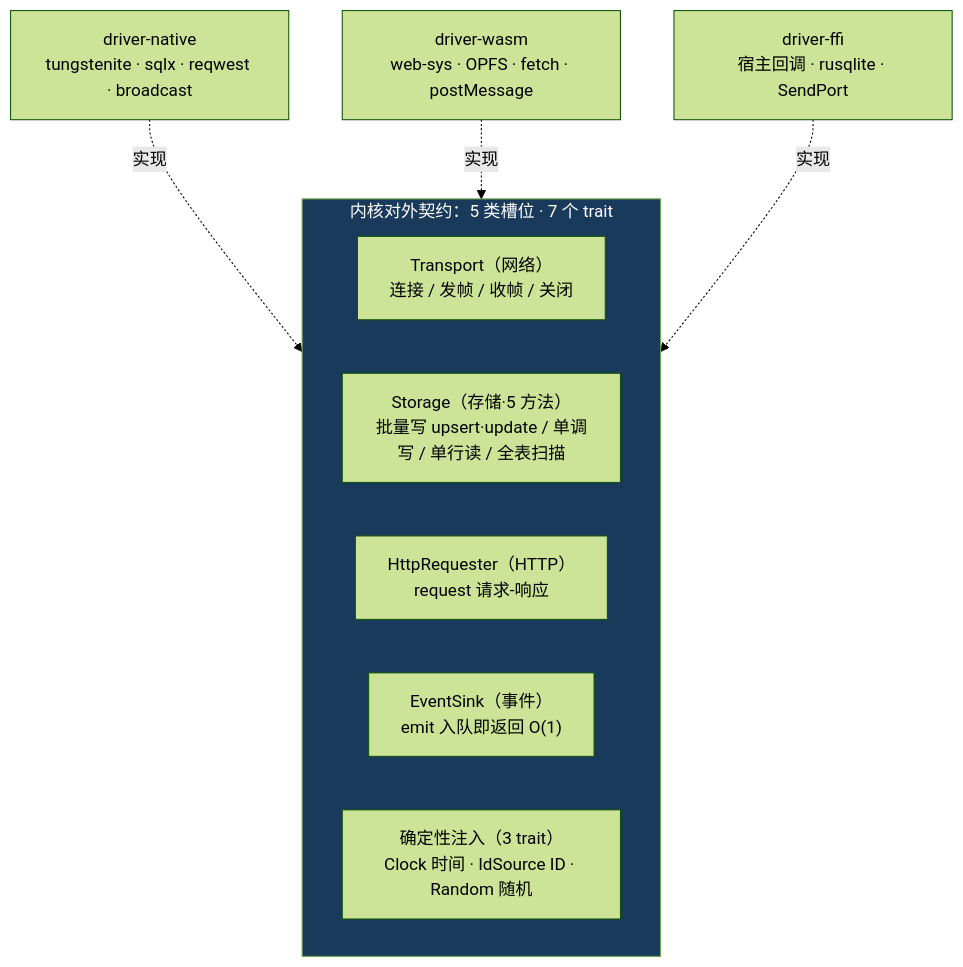
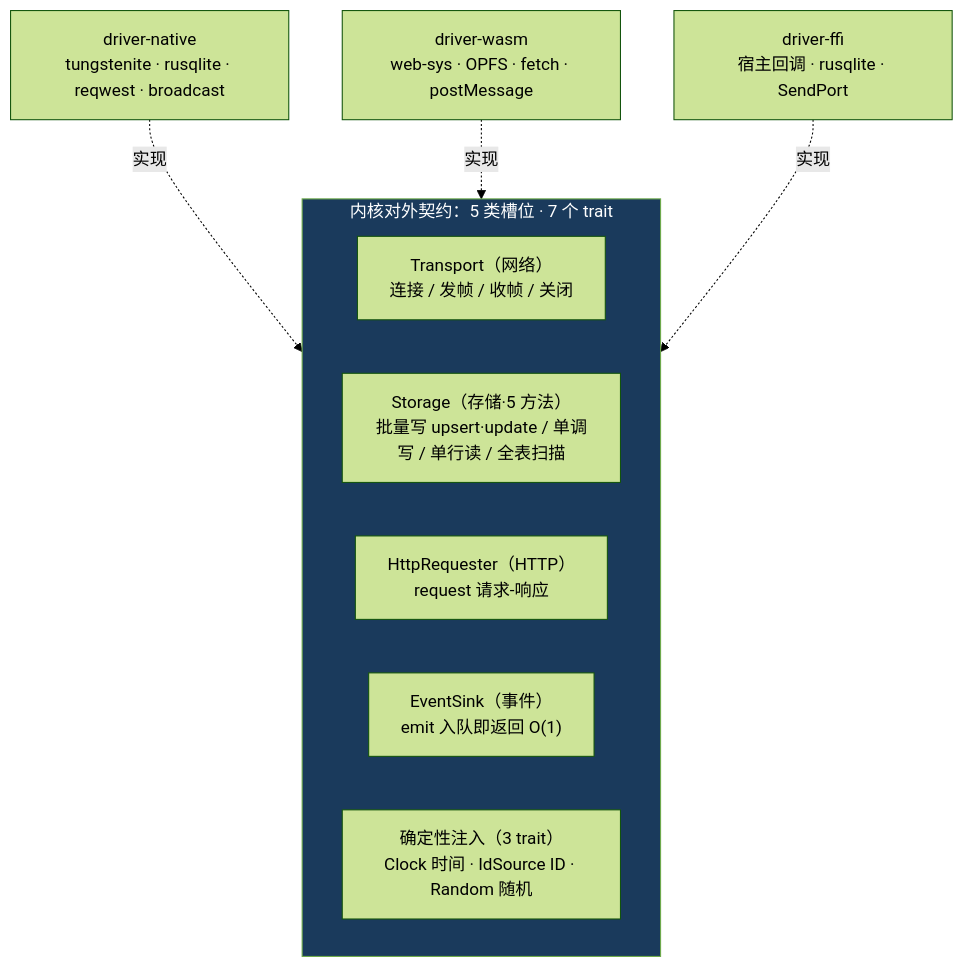
Before and after one commit to zxs1633079383/helix: the fifth of 27 diagrams in docs/过会方案/helix-core-im-架构设计.md, drawn with Mermaid (forest theme). The commit also changed other lines of this file and 1 other file, not shown here.

First line of the commit message:
docs: 架构设计 sqlx→rusqlite-host 对齐(消 GOAL↔架构设计 矛盾) + ROADMAP 落遗留

````diff
--- a/docs/过会方案/helix-core-im-架构设计.md
+++ b/docs/过会方案/helix-core-im-架构设计.md
@@ -242,14 +242,14 @@
 ```mermaid
 flowchart TB
     subgraph CORE["内核对外契约：5 类槽位 · 7 个 trait"]
         TR["Transport（网络）<br/>连接 / 发帧 / 收帧 / 关闭"]
         ST["Storage（存储·5 方法）<br/>批量写 upsert·update / 单调写 / 单行读 / 全表扫描"]
         HT["HttpRequester（HTTP）<br/>request 请求-响应"]
         EV["EventSink（事件）<br/>emit 入队即返回 O(1)"]
         DET["确定性注入（3 trait）<br/>Clock 时间 · IdSource ID · Random 随机"]
     end
-    DN["driver-native<br/>tungstenite · sqlx · reqwest · broadcast"] -.实现.-> CORE
+    DN["driver-native<br/>tungstenite · rusqlite · reqwest · broadcast"] -.实现.-> CORE
     DW["driver-wasm<br/>web-sys · OPFS · fetch · postMessage"] -.实现.-> CORE
     DF["driver-ffi<br/>宿主回调 · rusqlite · SendPort"] -.实现.-> CORE
     style CORE fill:#1a3a5c,color:#fff
 ```
````
